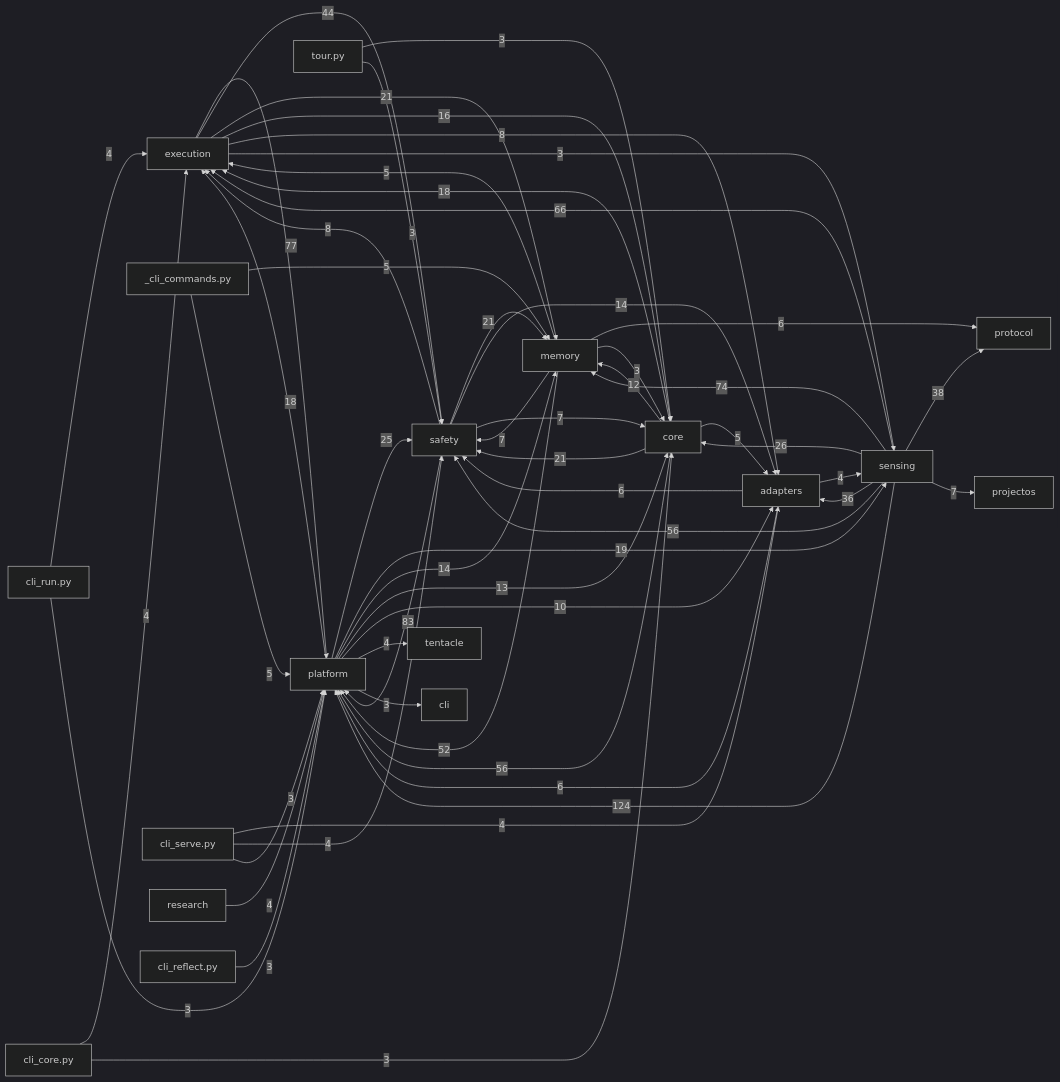
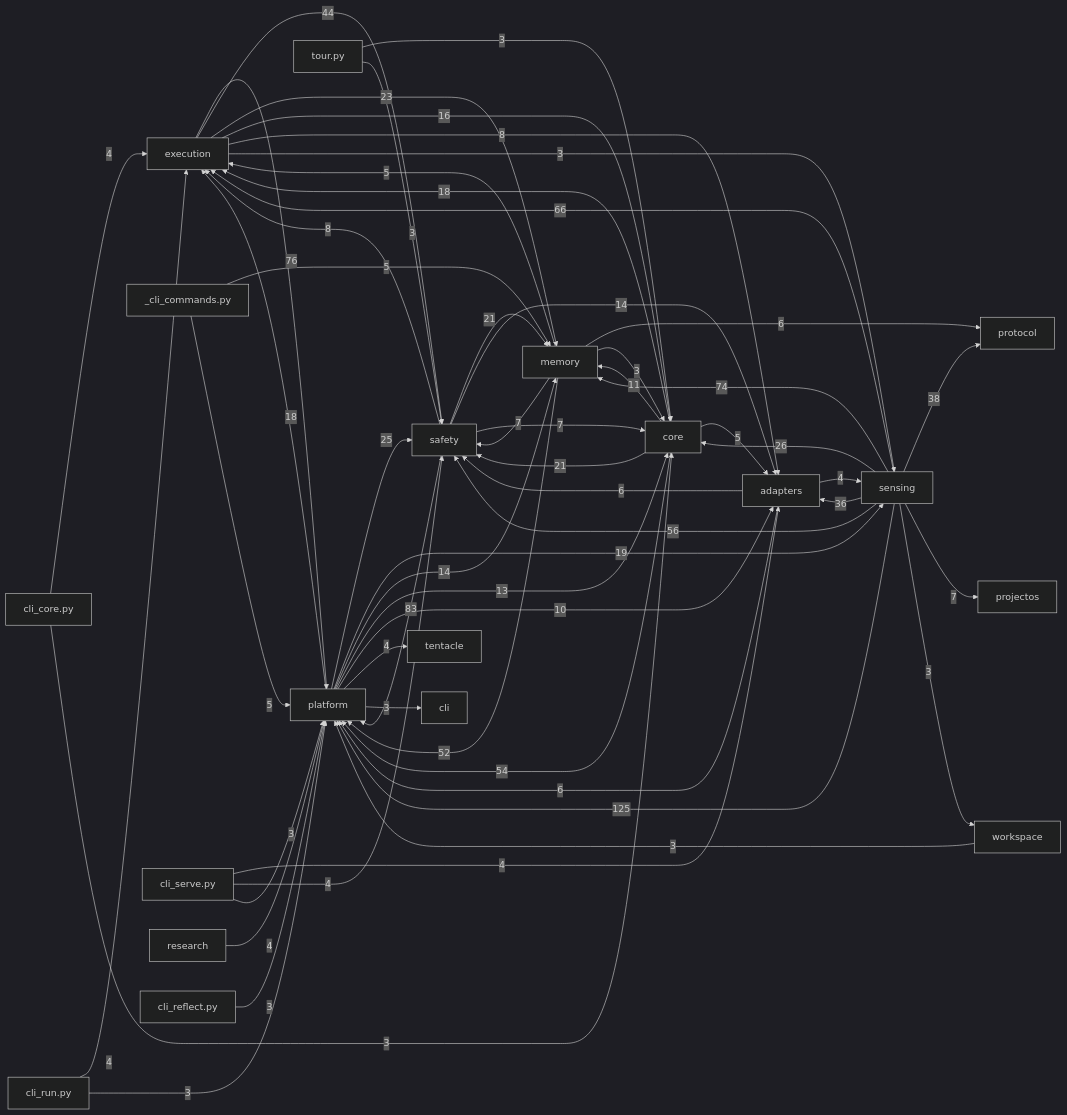
One commit to dengdenghua/octopus-agent changed the diagram in docs/auto/20-backend/index.md. Above: the diagram before and after it, drawn with Mermaid (dark theme). The commit also changed 241 other files, not shown here.

````diff
--- a/docs/auto/20-backend/index.md
+++ b/docs/auto/20-backend/index.md
@@ -26,63 +26,65 @@
 ```mermaid
 graph LR
   execution[execution]
   core[core]
   safety[safety]
   memory[memory]
   sensing[sensing]
   adapters[adapters]
   platform[platform]
-  sensing -- 124 --> platform
+  sensing -- 125 --> platform
   safety -- 83 --> platform
-  execution -- 77 --> platform
+  execution -- 76 --> platform
   sensing -- 74 --> memory
   sensing -- 66 --> execution
-  core -- 56 --> platform
   sensing -- 56 --> safety
+  core -- 54 --> platform
   memory -- 52 --> platform
   execution -- 44 --> safety
   sensing -- 38 --> protocol
   sensing -- 36 --> adapters
   sensing -- 26 --> core
   platform -- 25 --> safety
+  execution -- 23 --> memory
   core -- 21 --> safety
-  execution -- 21 --> memory
   safety -- 21 --> memory
   platform -- 19 --> sensing
   core -- 18 --> execution
   platform -- 18 --> execution
   execution -- 16 --> core
   platform -- 14 --> memory
   safety -- 14 --> adapters
   platform -- 13 --> core
-  core -- 12 --> memory
+  core -- 11 --> memory
   platform -- 10 --> adapters
   execution -- 8 --> adapters
   safety -- 8 --> execution
   memory -- 7 --> safety
   safety -- 7 --> core
   sensing -- 7 --> projectos
   adapters -- 6 --> platform
   adapters -- 6 --> safety
   memory -- 6 --> protocol
   _cli_commands.py -- 5 --> memory
   _cli_commands.py -- 5 --> platform
   core -- 5 --> adapters
   memory -- 5 --> execution
   adapters -- 4 --> sensing
   cli_core.py -- 4 --> execution
   cli_run.py -- 4 --> execution
   cli_serve.py -- 4 --> adapters
   cli_serve.py -- 4 --> safety
   platform -- 4 --> tentacle
   research -- 4 --> platform
   cli_core.py -- 3 --> core
   cli_reflect.py -- 3 --> platform
   cli_run.py -- 3 --> platform
   cli_serve.py -- 3 --> platform
   execution -- 3 --> sensing
   memory -- 3 --> core
   platform -- 3 --> cli
+  sensing -- 3 --> workspace
   tour.py -- 3 --> core
   tour.py -- 3 --> safety
+  workspace -- 3 --> platform
 ```
````
